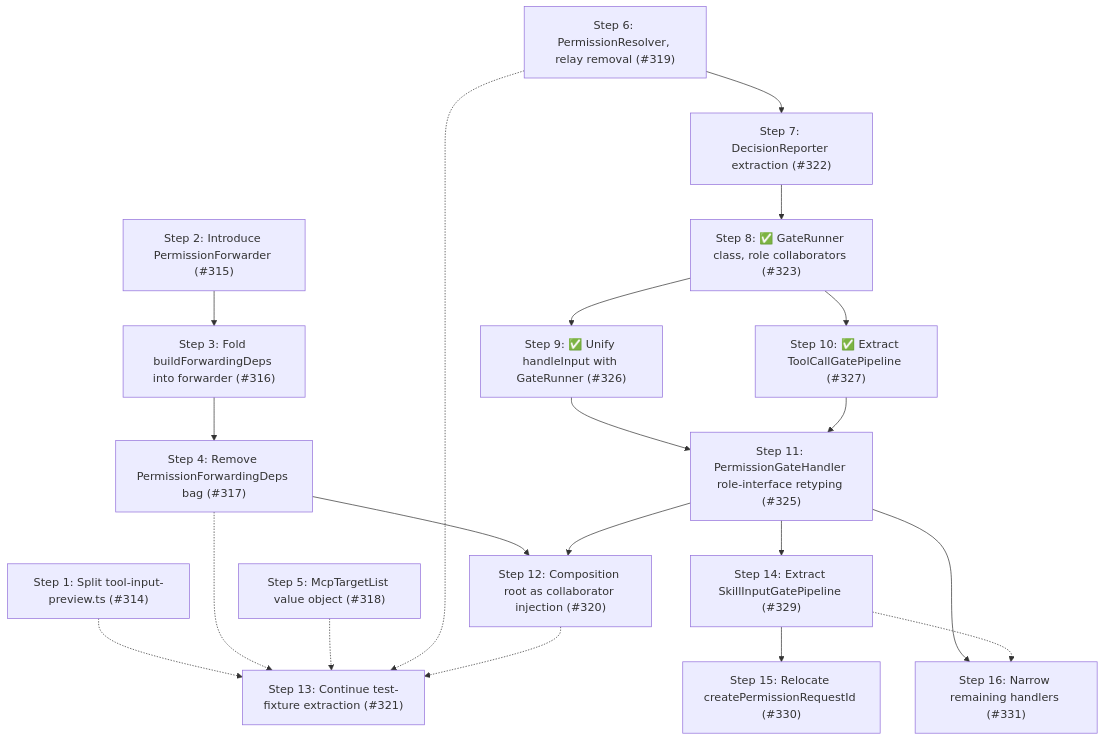
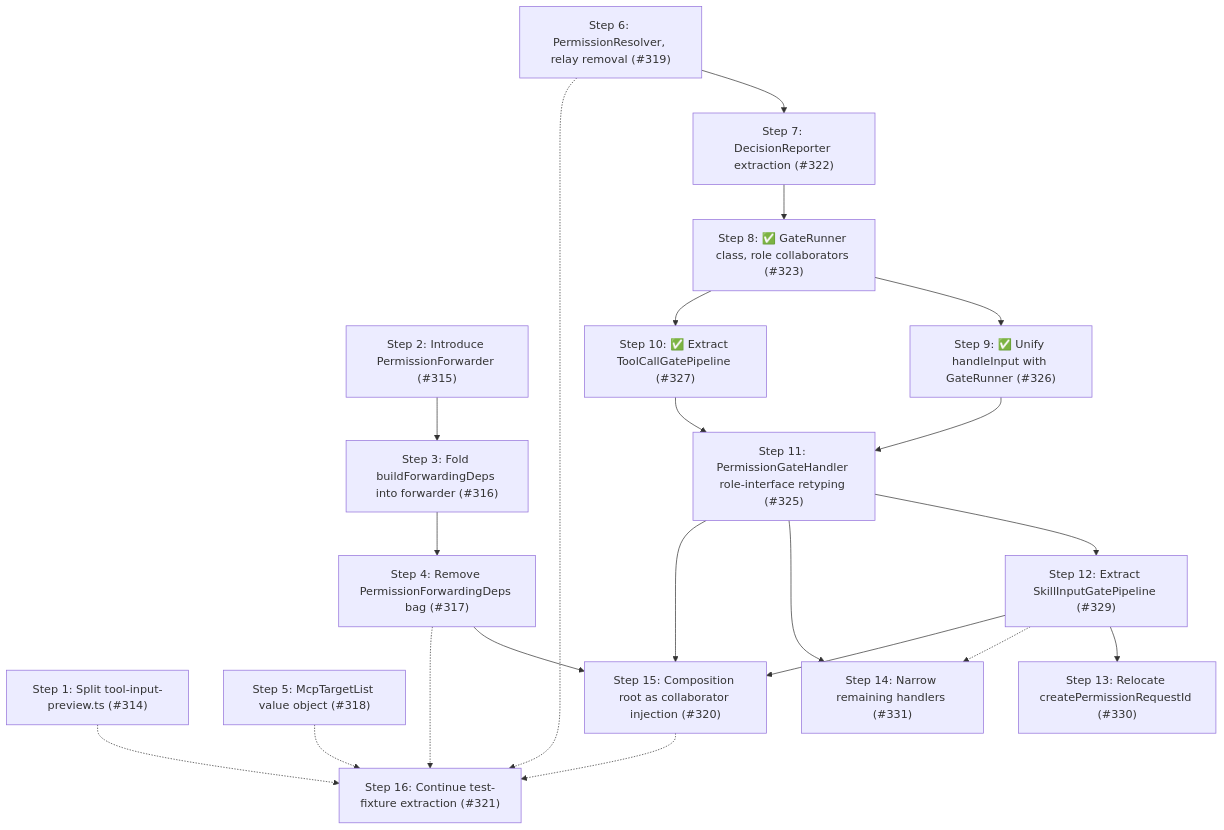
The sixth of 6 diagrams in packages/pi-permission-system/docs/architecture/architecture.md (NicoSenerman/pi-packages), drawn with Mermaid before and after one commit. The commit also changed other lines of this file and 1 other file, not shown here.

Commit message:
docs: sequence #329 ahead of composition-root reframe in Phase 3 (#325)

````diff
--- a/packages/pi-permission-system/docs/architecture/architecture.md
+++ b/packages/pi-permission-system/docs/architecture/architecture.md
@@ -925,39 +925,40 @@
 ```mermaid
 flowchart TD
     S1["Step 1: Split tool-input-preview.ts (#314)"]
     S2["Step 2: Introduce PermissionForwarder (#315)"]
     S3["Step 3: Fold buildForwardingDeps into forwarder (#316)"]
     S4["Step 4: Remove PermissionForwardingDeps bag (#317)"]
     S5["Step 5: McpTargetList value object (#318)"]
     S6["Step 6: PermissionResolver, relay removal (#319)"]
     S7["Step 7: DecisionReporter extraction (#322)"]
     S8["Step 8: ✅ GateRunner class, role collaborators (#323)"]
     S9["Step 9: ✅ Unify handleInput with GateRunner (#326)"]
     S10["Step 10: ✅ Extract ToolCallGatePipeline (#327)"]
     S11["Step 11: PermissionGateHandler role-interface retyping (#325)"]
-    S12["Step 12: Composition root as collaborator injection (#320)"]
-    S13["Step 13: Continue test-fixture extraction (#321)"]
-    S14["Step 14: Extract SkillInputGatePipeline (#329)"]
-    S15["Step 15: Relocate createPermissionRequestId (#330)"]
-    S16["Step 16: Narrow remaining handlers (#331)"]
+    S12["Step 12: Extract SkillInputGatePipeline (#329)"]
+    S13["Step 13: Relocate createPermissionRequestId (#330)"]
+    S14["Step 14: Narrow remaining handlers (#331)"]
+    S15["Step 15: Composition root as collaborator injection (#320)"]
+    S16["Step 16: Continue test-fixture extraction (#321)"]
 
     S2 --> S3
     S3 --> S4
-    S4 --> S12
     S6 --> S7
     S7 --> S8
     S8 --> S9
     S8 --> S10
     S9 --> S11
     S10 --> S11
     S11 --> S12
-    S1 -.-> S13
-    S4 -.-> S13
-    S5 -.-> S13
-    S6 -.-> S13
-    S12 -.-> S13
+    S12 --> S13
     S11 --> S14
-    S14 --> S15
-    S11 --> S16
-    S14 -.-> S16
+    S12 -.-> S14
+    S4 --> S15
+    S11 --> S15
+    S12 --> S15
+    S1 -.-> S16
+    S4 -.-> S16
+    S5 -.-> S16
+    S6 -.-> S16
+    S15 -.-> S16
 ```
````
